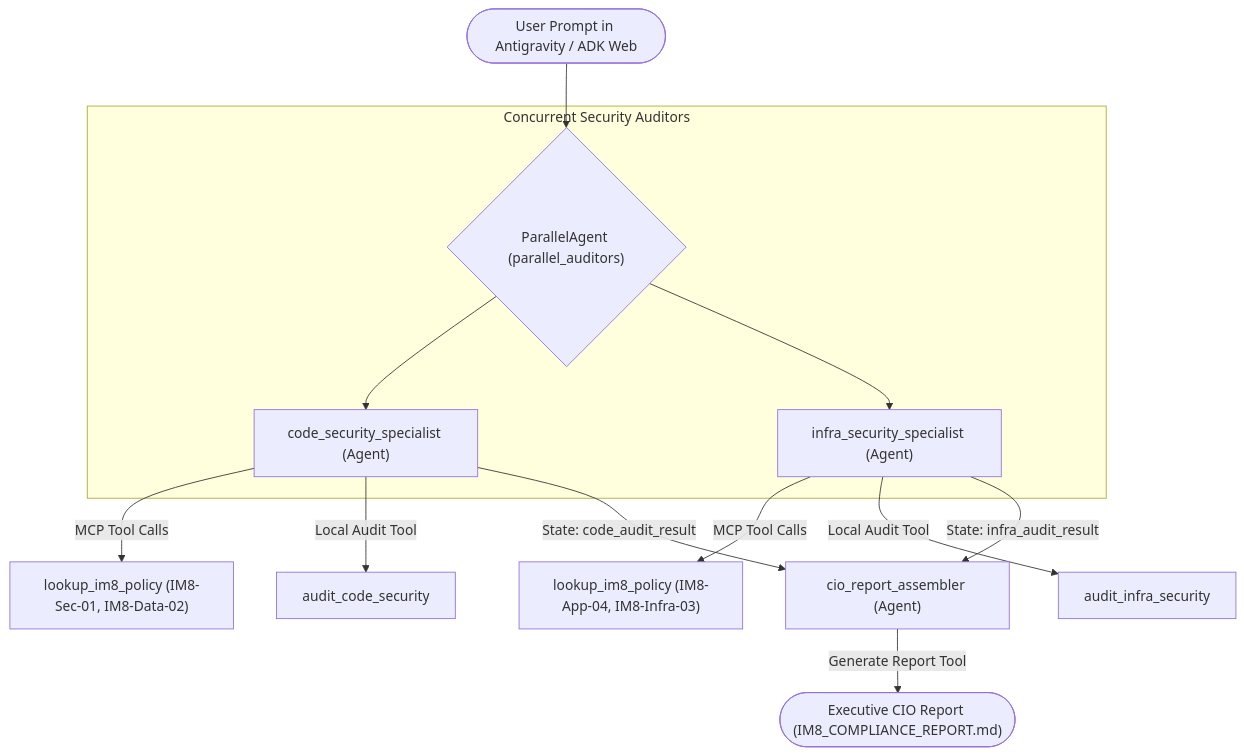
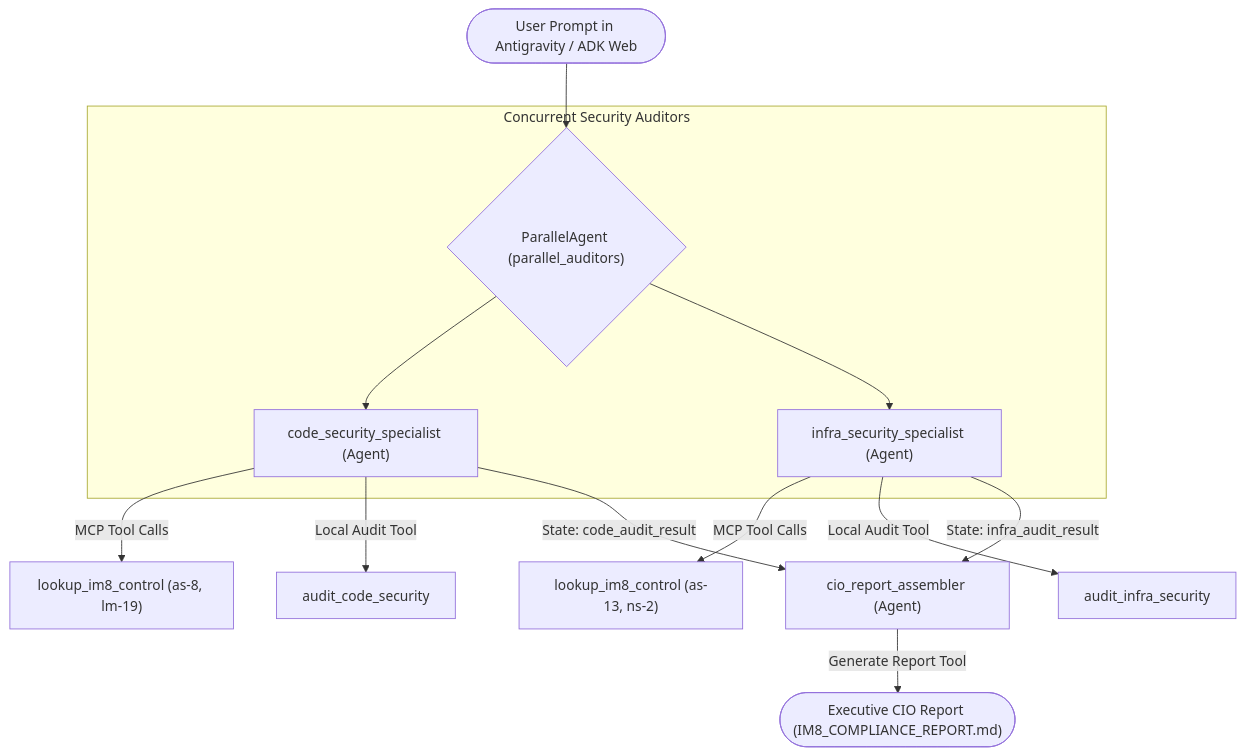
Before and after one commit to tohweizhong/agentic-demos: the second of 2 diagrams in agy-im8-agent/README.md, drawn with Mermaid. The commit also changed other lines of this file and 10 other files, not shown here.

````diff
--- a/agy-im8-agent/README.md
+++ b/agy-im8-agent/README.md
@@ -33,20 +59,20 @@
 ```mermaid
 graph TD
     UserPrompt(["User Prompt in Antigravity / ADK Web"]) --> ParallelAuditors{"ParallelAgent (parallel_auditors)"}
 
     subgraph ConcurrentAuditors ["Concurrent Security Auditors"]
         ParallelAuditors --> CodeAgent["code_security_specialist (Agent)"]
         ParallelAuditors --> InfraAgent["infra_security_specialist (Agent)"]
     end
 
-    CodeAgent --> |MCP Tool Calls| PolicyLookup1["lookup_im8_policy (IM8-Sec-01, IM8-Data-02)"]
-    InfraAgent --> |MCP Tool Calls| PolicyLookup2["lookup_im8_policy (IM8-App-04, IM8-Infra-03)"]
+    CodeAgent --> |MCP Tool Calls| PolicyLookup1["lookup_im8_control (as-8, lm-19)"]
+    InfraAgent --> |MCP Tool Calls| PolicyLookup2["lookup_im8_control (as-13, ns-2)"]
 
     CodeAgent --> |Local Audit Tool| CodeTool["audit_code_security"]
     InfraAgent --> |Local Audit Tool| InfraTool["audit_infra_security"]
 
     CodeAgent --> |State: code_audit_result| Assembler["cio_report_assembler (Agent)"]
     InfraAgent --> |State: infra_audit_result| Assembler
 
     Assembler --> |Generate Report Tool| CIOReport(["Executive CIO Report (IM8_COMPLIANCE_REPORT.md)"])
 ```
````
